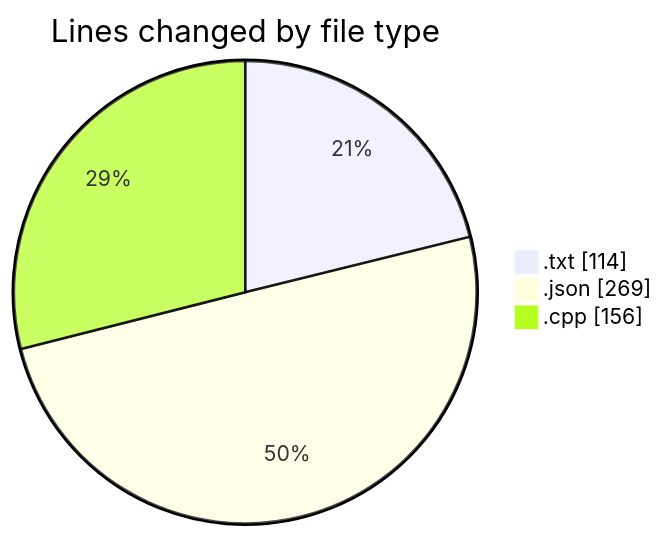
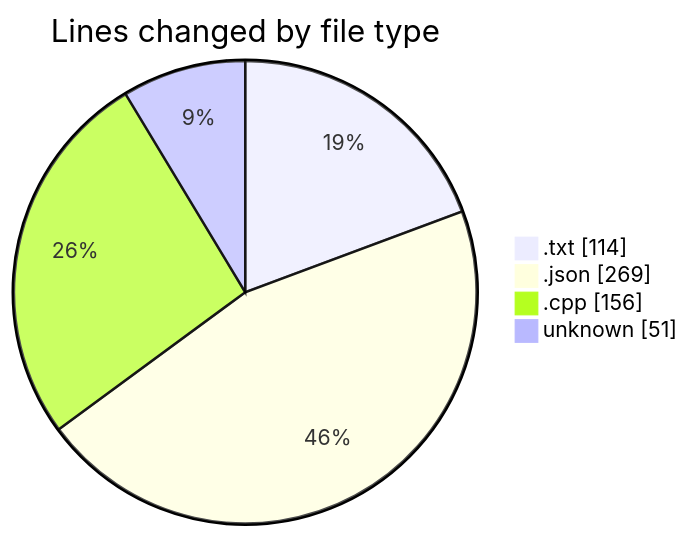
Before and after one commit to Netris89/code-tracking: the first of 2 diagrams in 2025-04-07/echo/README.md, drawn with Mermaid. The commit also changed other lines of this file and 1 other file, not shown here.

````diff
--- a/2025-04-07/echo/README.md
+++ b/2025-04-07/echo/README.md
@@ -23,7 +24,8 @@
 ```mermaid
 pie showData
 title Lines changed by file type
 ".txt" : 114
 ".json" : 269
 ".cpp" : 156
+"unknown" : 51
 ```
````
